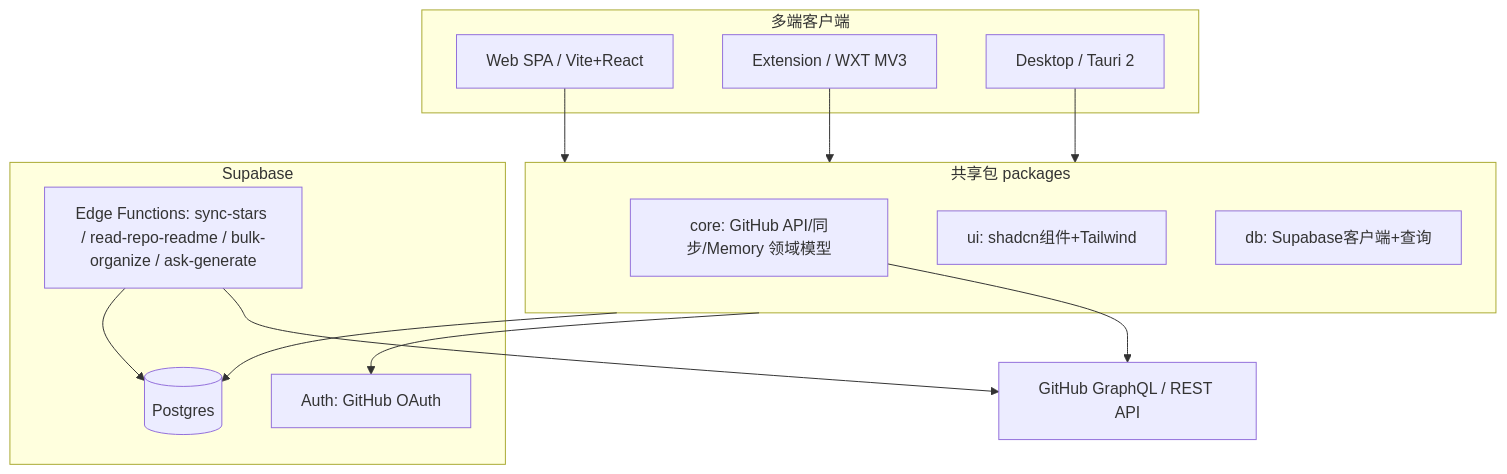
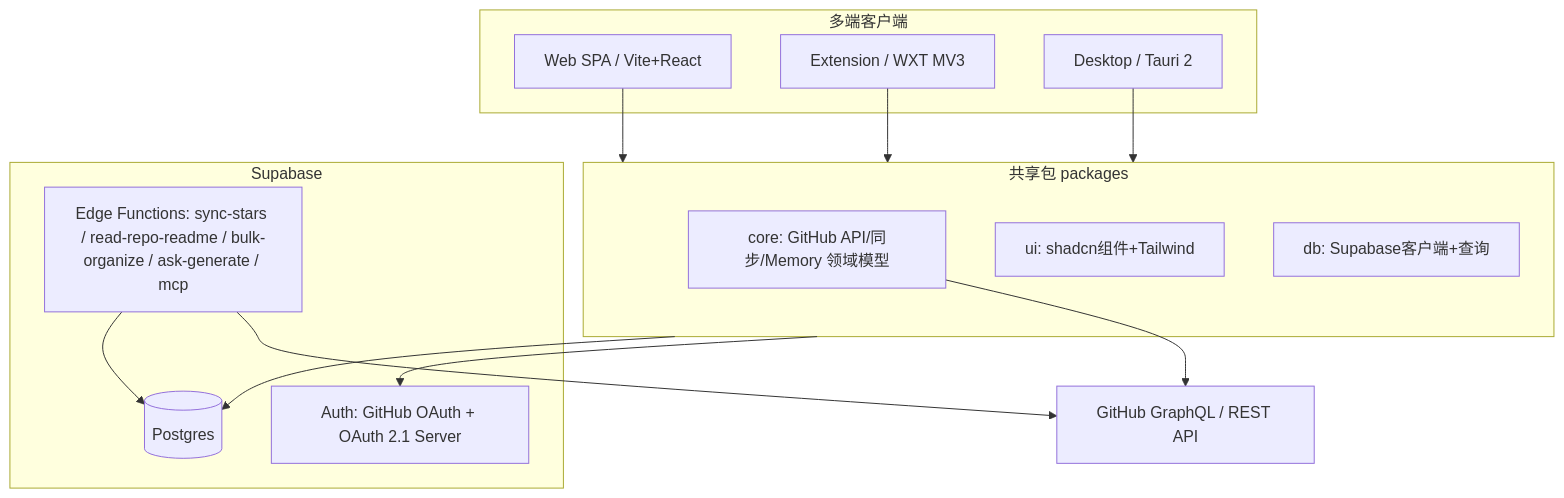
The first of 2 diagrams in knowledge/contracts/architecture.md (sousouliao/asterism), drawn with Mermaid before and after one commit. The commit also changed other lines of this file and 38 other files, not shown here.

First line of the commit message:
feat(mcp): add read-only remote mcp server and oauth 2.1 flow

````diff
--- a/knowledge/contracts/architecture.md
+++ b/knowledge/contracts/architecture.md
@@ -9,28 +9,28 @@
 ```mermaid
 flowchart TD
   subgraph clients [多端客户端]
     web[Web SPA / Vite+React]
     ext[Extension / WXT MV3]
     desktop[Desktop / Tauri 2]
   end
   subgraph shared [共享包 packages]
     core[core: GitHub API/同步/Memory 领域模型]
     ui[ui: shadcn组件+Tailwind]
     db[db: Supabase客户端+查询]
   end
   subgraph supabase [Supabase]
-    auth[Auth: GitHub OAuth]
+    auth[Auth: GitHub OAuth + OAuth 2.1 Server]
     pg[(Postgres)]
-    fn[Edge Functions: sync-stars / read-repo-readme / bulk-organize / ask-generate]
+    fn[Edge Functions: sync-stars / read-repo-readme / bulk-organize / ask-generate / mcp]
   end
   gh[GitHub GraphQL / REST API]
 
   web --> shared
   ext --> shared
   desktop --> shared
   shared --> auth
   shared --> pg
   core --> gh
   fn --> gh
   fn --> pg
 ```
````
